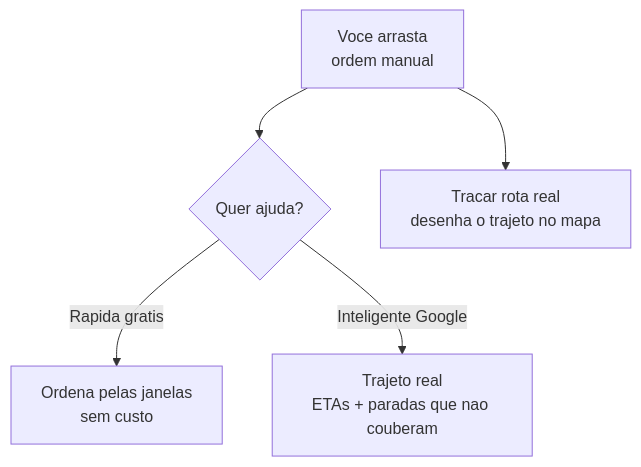
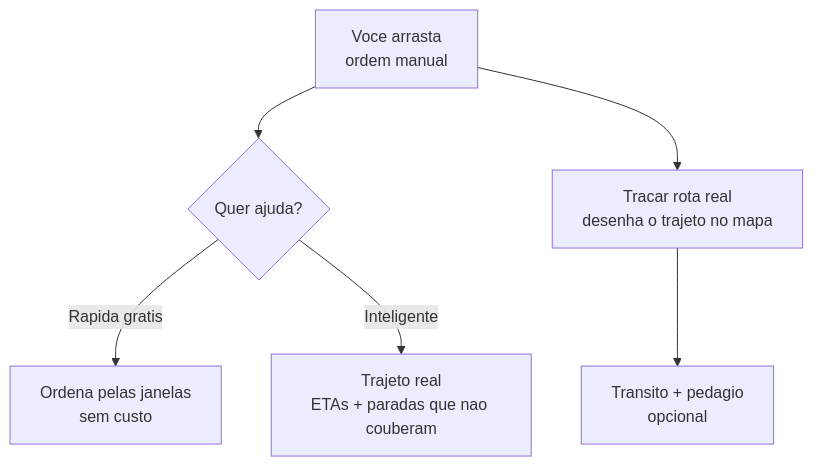
Before and after one commit to LocFlowTeam/locflow-docs: the second of 2 diagrams in logistica/planejando-o-roteiro.md, drawn with Mermaid. The commit also changed other lines of this file and 6 other files, not shown here.

````diff
--- a/logistica/planejando-o-roteiro.md
+++ b/logistica/planejando-o-roteiro.md
@@ -75,7 +95,8 @@
 ```mermaid
 flowchart TD
     A[Voce arrasta<br/>ordem manual] --> B{Quer ajuda?}
     B -->|Rapida gratis| C[Ordena pelas janelas<br/>sem custo]
-    B -->|Inteligente Google| D[Trajeto real<br/>ETAs + paradas que nao couberam]
+    B -->|Inteligente| D[Trajeto real<br/>ETAs + paradas que nao couberam]
     A --> E[Tracar rota real<br/>desenha o trajeto no mapa]
+    E --> F[Transito + pedagio<br/>opcional]
 ```
````
